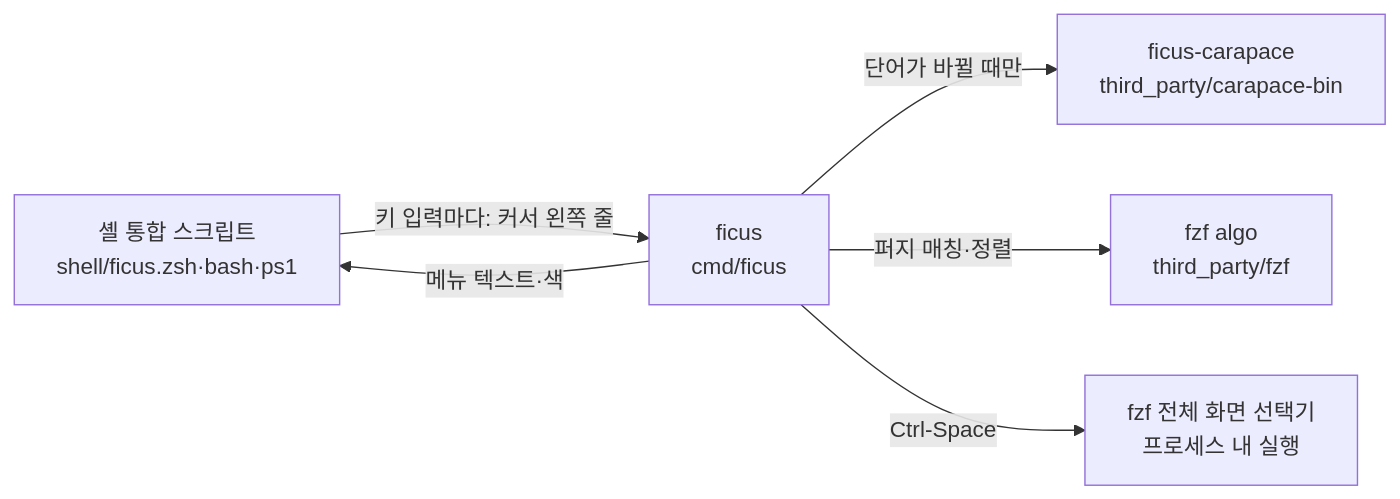
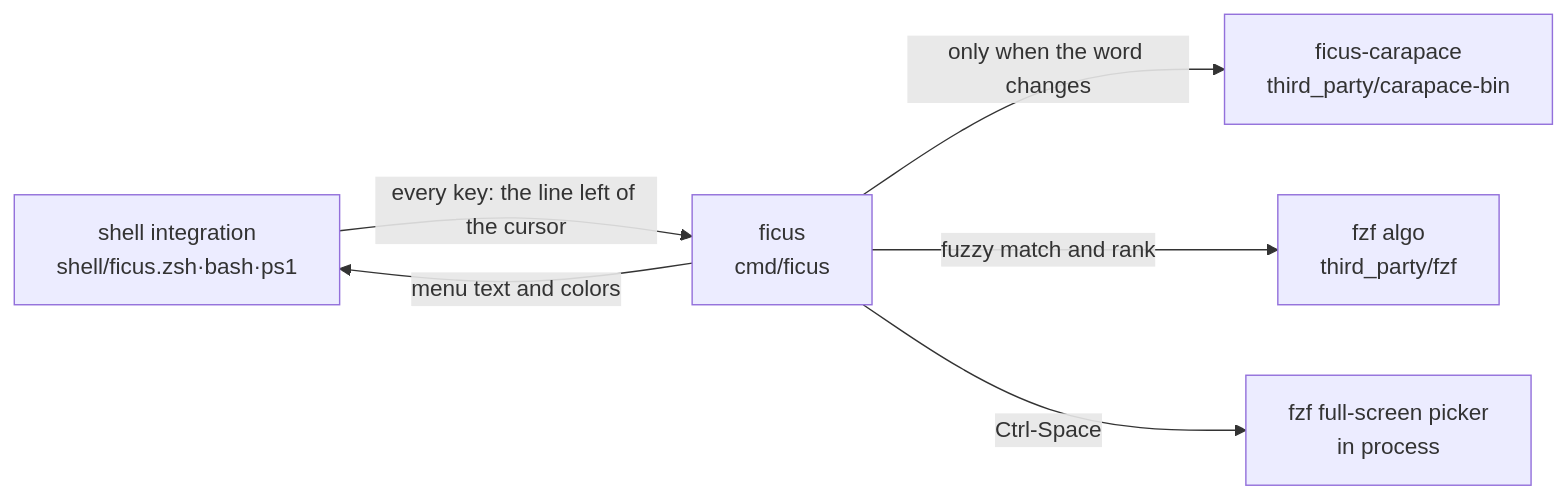
One commit to leechoonguk/ficus changed the diagram in README.md. Above: the diagram before and after it, drawn with Mermaid. The commit also changed other lines of this file and 14 other files, not shown here.

````diff
--- a/README.md
+++ b/README.md
@@ -25,8 +25,8 @@
 ```mermaid
 flowchart LR
-  S[셸 통합 스크립트<br/>shell/ficus.zsh·bash·ps1] -- "키 입력마다: 커서 왼쪽 줄" --> F[ficus<br/>cmd/ficus]
-  F -- "단어가 바뀔 때만" --> C[ficus-carapace<br/>third_party/carapace-bin]
-  F -- "퍼지 매칭·정렬" --> Z[fzf algo<br/>third_party/fzf]
-  F -- "메뉴 텍스트·색" --> S
-  F -- "Ctrl-Space" --> P[fzf 전체 화면 선택기<br/>프로세스 내 실행]
+  S[shell integration<br/>shell/ficus.zsh·bash·ps1] -- "every key: the line left of the cursor" --> F[ficus<br/>cmd/ficus]
+  F -- "only when the word changes" --> C[ficus-carapace<br/>third_party/carapace-bin]
+  F -- "fuzzy match and rank" --> Z[fzf algo<br/>third_party/fzf]
+  F -- "menu text and colors" --> S
+  F -- "Ctrl-Space" --> P[fzf full-screen picker<br/>in process]
 ```
````
